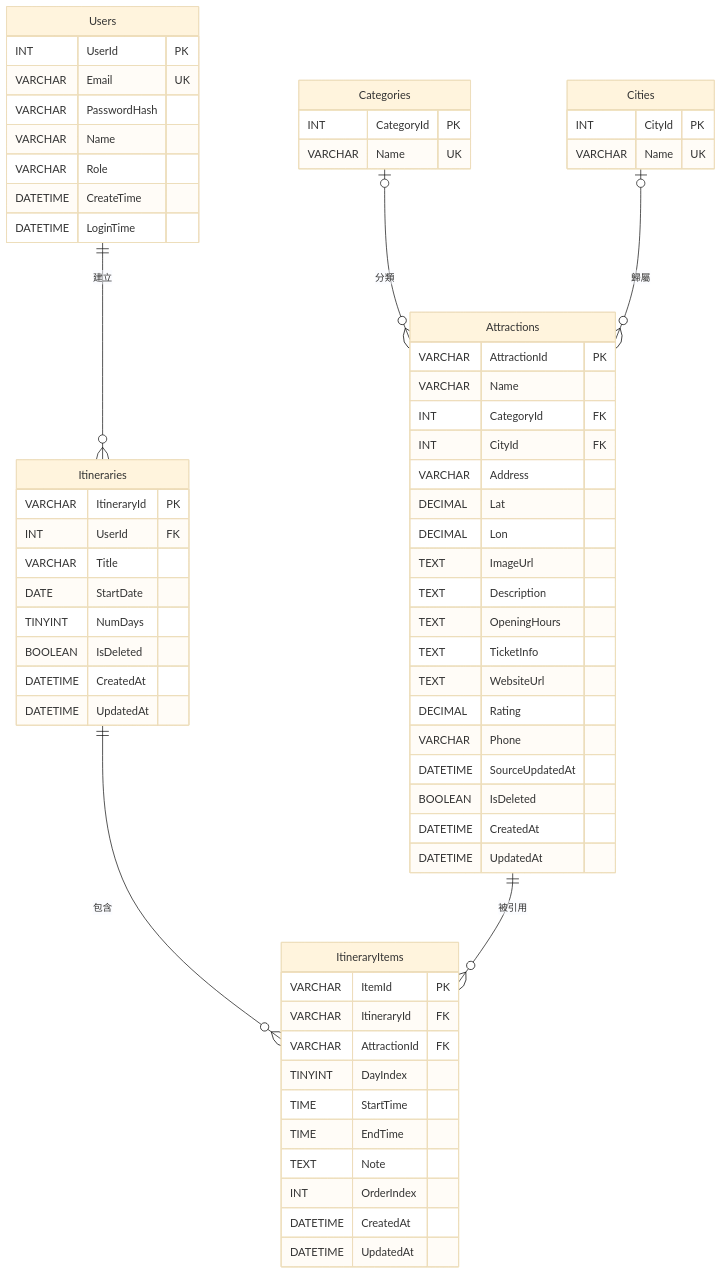
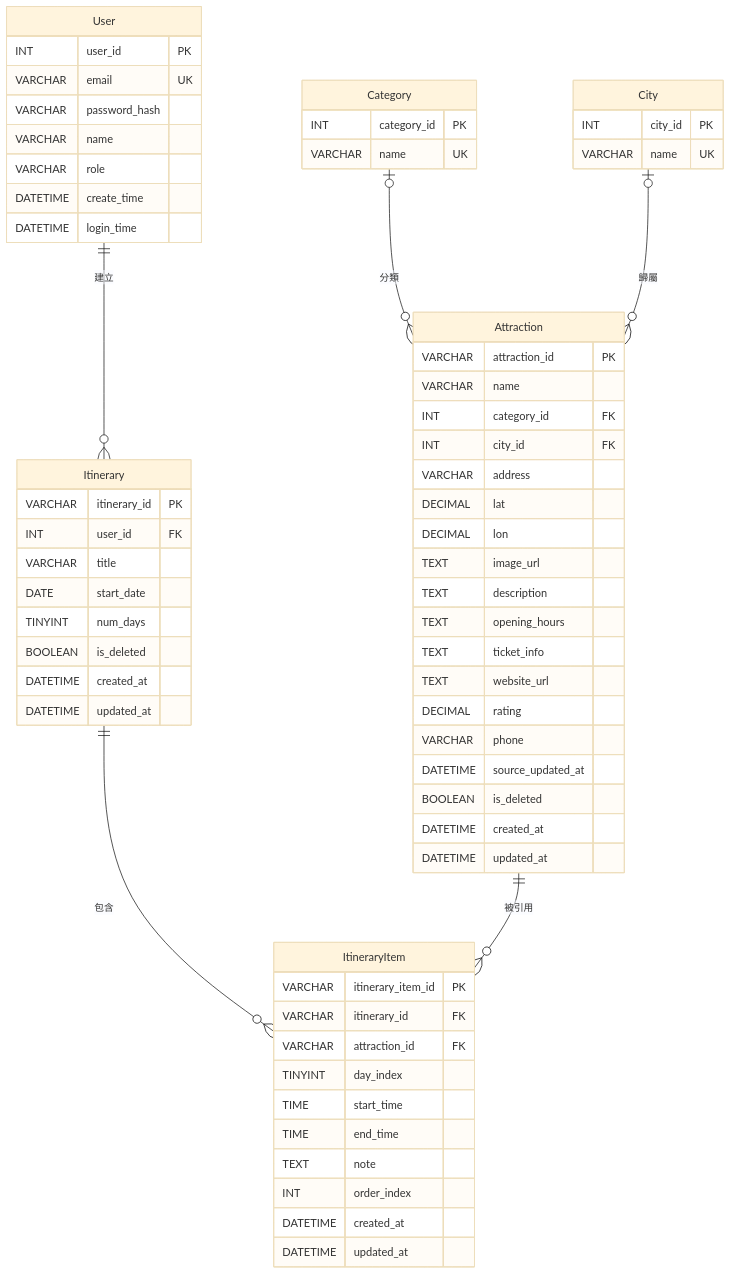
Before and after one commit to bluesky-317/travel_web: the second of 2 diagrams in backend/backend_structure.md, drawn with Mermaid (base theme). The commit also changed other lines of this file and 4 other files, not shown here.

````diff
--- a/backend/backend_structure.md
+++ b/backend/backend_structure.md
@@ -465,73 +286,73 @@
 ```mermaid
 erDiagram
-    Users ||--o{ Itineraries : "建立"
-    Itineraries ||--o{ ItineraryItems : "包含"
-    Attractions ||--o{ ItineraryItems : "被引用"
-    Categories |o--o{ Attractions : "分類"
-    Cities |o--o{ Attractions : "歸屬"
+    User ||--o{ Itinerary : "建立"
+    Itinerary ||--o{ ItineraryItem : "包含"
+    Attraction ||--o{ ItineraryItem : "被引用"
+    Category |o--o{ Attraction : "分類"
+    City |o--o{ Attraction : "歸屬"
 
-    Users {
-        INT UserId PK
-        VARCHAR Email UK
-        VARCHAR PasswordHash
-        VARCHAR Name
-        VARCHAR Role
-        DATETIME CreateTime
-        DATETIME LoginTime
+    User {
+        INT user_id PK
+        VARCHAR email UK
+        VARCHAR password_hash
+        VARCHAR name
+        VARCHAR role
+        DATETIME create_time
+        DATETIME login_time
     }
 
-    Categories {
-        INT CategoryId PK
-        VARCHAR Name UK
+    Category {
+        INT category_id PK
+        VARCHAR name UK
     }
 
-    Cities {
-        INT CityId PK
-        VARCHAR Name UK
+    City {
+        INT city_id PK
+        VARCHAR name UK
     }
 
-    Attractions {
-        VARCHAR AttractionId PK
-        VARCHAR Name
-        INT CategoryId FK
-        INT CityId FK
-        VARCHAR Address
-        DECIMAL Lat
-        DECIMAL Lon
-        TEXT ImageUrl
-        TEXT Description
-        TEXT OpeningHours
-        TEXT TicketInfo
-        TEXT WebsiteUrl
-        DECIMAL Rating
-        VARCHAR Phone
-        DATETIME SourceUpdatedAt
-        BOOLEAN IsDeleted
-        DATETIME CreatedAt
-        DATETIME UpdatedAt
+    Attraction {
+        VARCHAR attraction_id PK
+        VARCHAR name
+        INT category_id FK
+        INT city_id FK
+        VARCHAR address
+        DECIMAL lat
+        DECIMAL lon
+        TEXT image_url
+        TEXT description
+        TEXT opening_hours
+        TEXT ticket_info
+        TEXT website_url
+        DECIMAL rating
+        VARCHAR phone
+        DATETIME source_updated_at
+        BOOLEAN is_deleted
+        DATETIME created_at
+        DATETIME updated_at
     }
 
-    Itineraries {
-        VARCHAR ItineraryId PK
-        INT UserId FK
-        VARCHAR Title
-        DATE StartDate
-        TINYINT NumDays
-        BOOLEAN IsDeleted
-        DATETIME CreatedAt
-        DATETIME UpdatedAt
+    Itinerary {
+        VARCHAR itinerary_id PK
+        INT user_id FK
+        VARCHAR title
+        DATE start_date
+        TINYINT num_days
+        BOOLEAN is_deleted
+        DATETIME created_at
+        DATETIME updated_at
     }
 
-    ItineraryItems {
-        VARCHAR ItemId PK
-        VARCHAR ItineraryId FK
-        VARCHAR AttractionId FK
-        TINYINT DayIndex
-        TIME StartTime
-        TIME EndTime
-        TEXT Note
-        INT OrderIndex
-        DATETIME CreatedAt
-        DATETIME UpdatedAt
+    ItineraryItem {
+        VARCHAR itinerary_item_id PK
+        VARCHAR itinerary_id FK
+        VARCHAR attraction_id FK
+        TINYINT day_index
+        TIME start_time
+        TIME end_time
+        TEXT note
+        INT order_index
+        DATETIME created_at
+        DATETIME updated_at
     }
 ```
````
